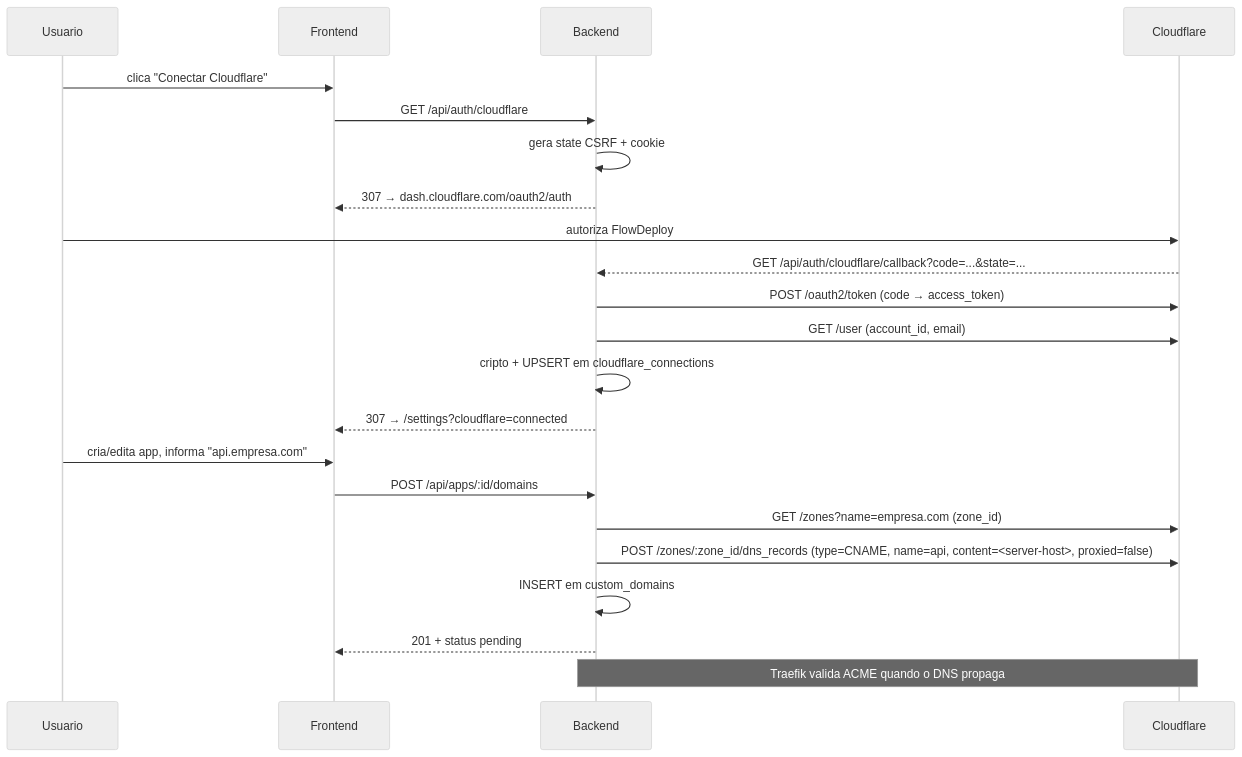
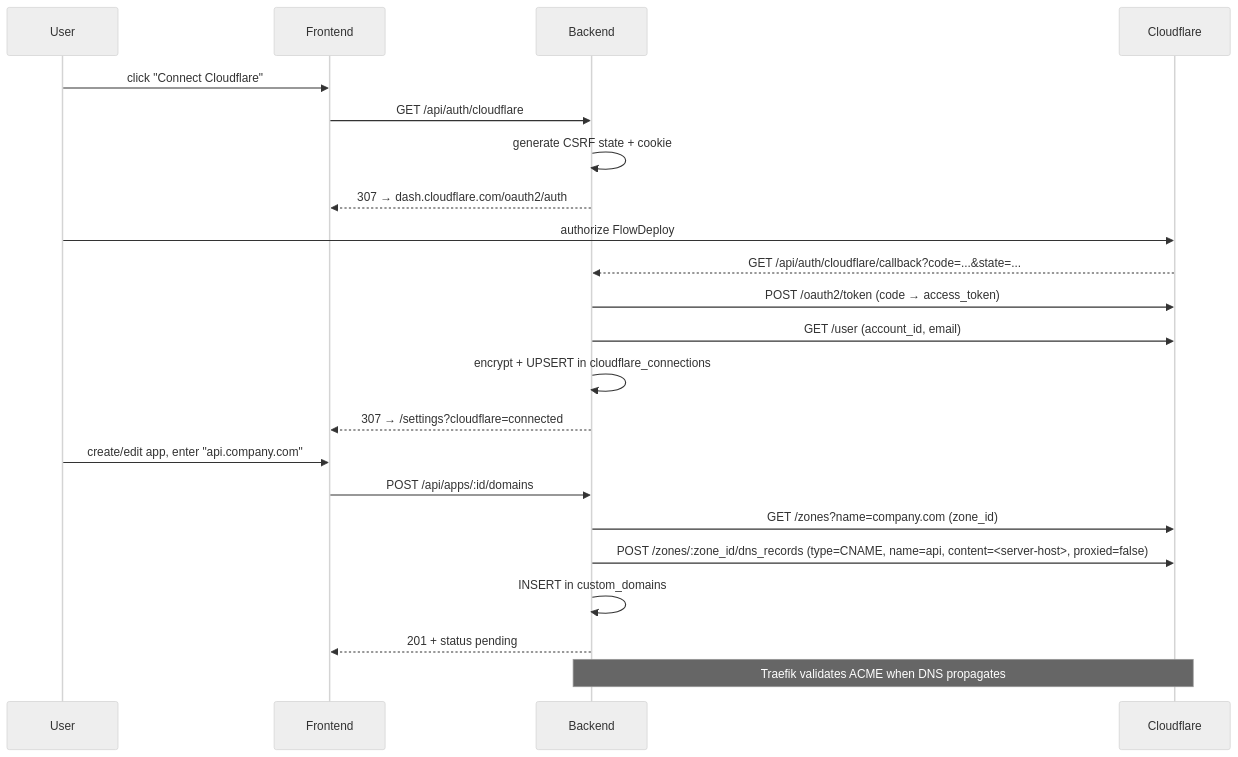
The diagram in docs/AUTO_DNS_CONFIGURATION.md (rafaeljfec2/connexto-vps-deploy-paas), drawn with Mermaid (neutral theme) before and after one commit. The commit also changed other lines of this file and 11 other files, not shown here.

````diff
--- a/docs/AUTO_DNS_CONFIGURATION.md
+++ b/docs/AUTO_DNS_CONFIGURATION.md
@@ -28,26 +23,26 @@
 ```mermaid
 sequenceDiagram
-  participant U as Usuario
+  participant U as User
   participant FE as Frontend
   participant BE as Backend
   participant CF as Cloudflare
 
-  U->>FE: clica "Conectar Cloudflare"
+  U->>FE: click "Connect Cloudflare"
   FE->>BE: GET /api/auth/cloudflare
-  BE->>BE: gera state CSRF + cookie
+  BE->>BE: generate CSRF state + cookie
   BE-->>FE: 307 → dash.cloudflare.com/oauth2/auth
-  U->>CF: autoriza FlowDeploy
+  U->>CF: authorize FlowDeploy
   CF-->>BE: GET /api/auth/cloudflare/callback?code=...&state=...
   BE->>CF: POST /oauth2/token (code → access_token)
   BE->>CF: GET /user (account_id, email)
-  BE->>BE: cripto + UPSERT em cloudflare_connections
+  BE->>BE: encrypt + UPSERT in cloudflare_connections
   BE-->>FE: 307 → /settings?cloudflare=connected
 
-  U->>FE: cria/edita app, informa "api.empresa.com"
+  U->>FE: create/edit app, enter "api.company.com"
   FE->>BE: POST /api/apps/:id/domains
-  BE->>CF: GET /zones?name=empresa.com  (zone_id)
+  BE->>CF: GET /zones?name=company.com  (zone_id)
   BE->>CF: POST /zones/:zone_id/dns_records (type=CNAME, name=api, content=<server-host>, proxied=false)
-  BE->>BE: INSERT em custom_domains
+  BE->>BE: INSERT in custom_domains
   BE-->>FE: 201 + status pending
-  Note over BE,CF: Traefik valida ACME quando o DNS propaga
+  Note over BE,CF: Traefik validates ACME when DNS propagates
 ```
````
